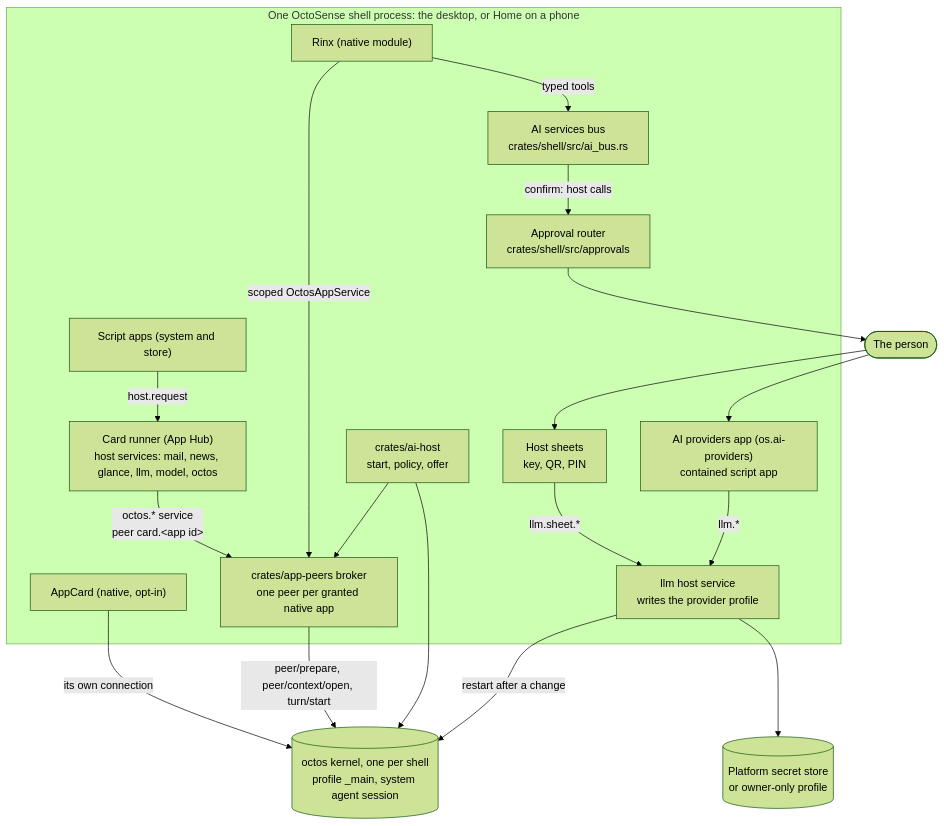
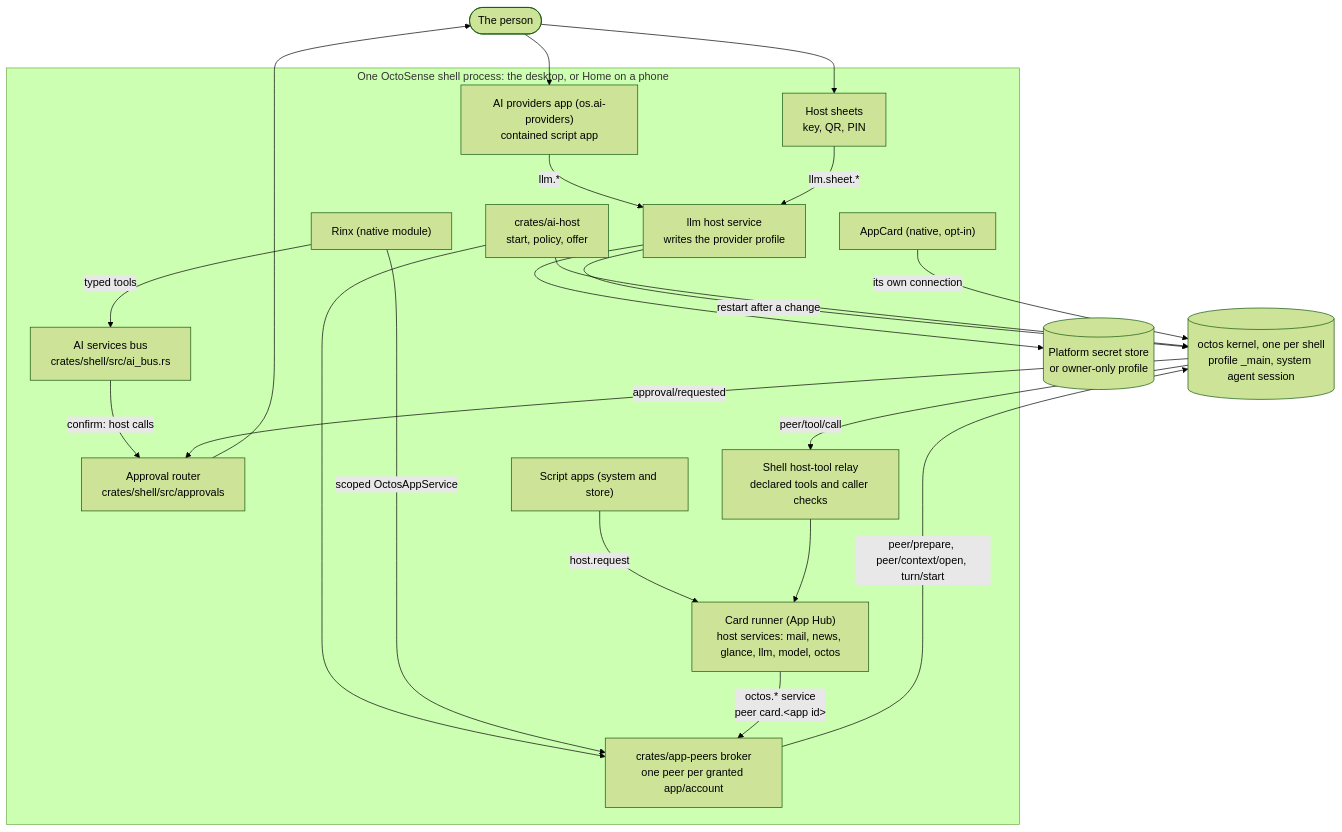
One commit to OctoSense-org/OctoSense changed the diagram in docs/ai-services.md. Above: the diagram before and after it, drawn with Mermaid (forest theme). The commit also changed other lines of this file and 29 other files, not shown here.

````diff
--- a/docs/ai-services.md
+++ b/docs/ai-services.md
@@ -42,35 +42,39 @@
 ```mermaid
 flowchart TB
   person(["The person"])
   subgraph shell["One OctoSense shell process: the desktop, or Home on a phone"]
     providers["AI providers app (os.ai-providers)<br/>contained script app"]
     sheet["Host sheets<br/>key, QR, PIN"]
     llm["llm host service<br/>writes the provider profile"]
     aihost["crates/ai-host<br/>start, policy, offer"]
-    broker["crates/app-peers broker<br/>one peer per granted native app"]
+    broker["crates/app-peers broker<br/>one peer per granted app/account"]
     runner["Card runner (App Hub)<br/>host services: mail, news, glance, llm, model, octos"]
     router["Approval router<br/>crates/shell/src/approvals"]
+    relay["Shell host-tool relay<br/>declared tools and caller checks"]
     bus["AI services bus<br/>crates/shell/src/ai_bus.rs"]
     rinx["Rinx (native module)"]
     appcard["AppCard (native, opt-in)"]
     scripts["Script apps (system and store)"]
   end
   vault[("Platform secret store<br/>or owner-only profile")]
   kernel[("octos kernel, one per shell<br/>profile _main, system agent session")]
   person --> providers
   person --> sheet
   providers -- "llm.*" --> llm
   sheet -- "llm.sheet.*" --> llm
   llm --> vault
   llm -- "restart after a change" --> kernel
   aihost --> kernel
   aihost --> broker
   broker -- "peer/prepare, peer/context/open, turn/start" --> kernel
   rinx -- "scoped OctosAppService" --> broker
   appcard -- "its own connection" --> kernel
   scripts -- "host.request" --> runner
   runner -- "octos.* service<br/>peer card.&lt;app id&gt;" --> broker
   rinx -- "typed tools" --> bus
   bus -- "confirm: host calls" --> router
+  kernel -- "peer/tool/call" --> relay
+  relay --> runner
+  kernel -- "approval/requested" --> router
   router --> person
 ```
````
